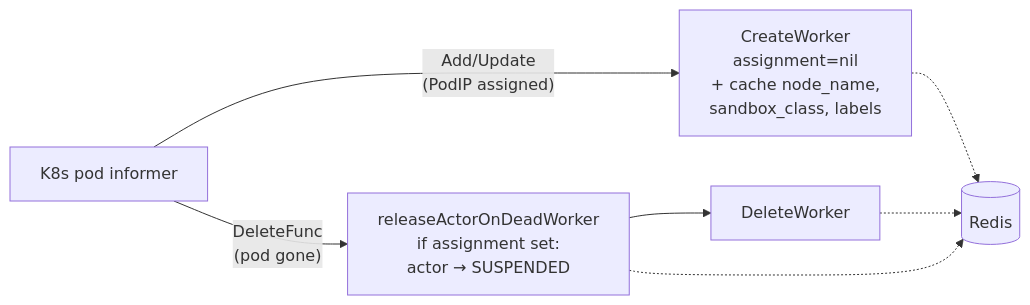
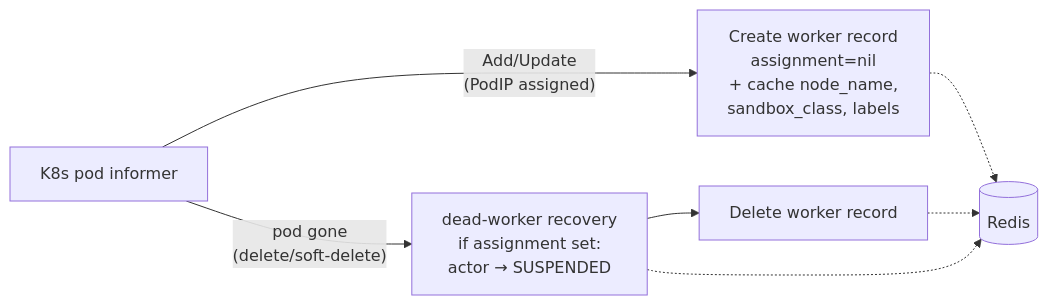
Before and after one commit to christian-posta/substrate: the second of 3 diagrams in atlas/src/content/docs/flows/worker-lifecycle.mdx, drawn with Mermaid. The commit also changed other lines of this file and 27 other files, not shown here.

````diff
--- a/atlas/src/content/docs/flows/worker-lifecycle.mdx
+++ b/atlas/src/content/docs/flows/worker-lifecycle.mdx
@@ -66,9 +63,9 @@
 ```mermaid
 flowchart LR
-  K[K8s pod informer] -- Add/Update<br/>(PodIP assigned) --> C[CreateWorker<br/>assignment=nil<br/>+ cache node_name,<br/>sandbox_class, labels]
-  K -- DeleteFunc<br/>(pod gone) --> R[releaseActorOnDeadWorker<br/>if assignment set:<br/>actor → SUSPENDED]
-  R --> D[DeleteWorker]
+  K[K8s pod informer] -- Add/Update<br/>(PodIP assigned) --> C[Create worker record<br/>assignment=nil<br/>+ cache node_name,<br/>sandbox_class, labels]
+  K -- pod gone<br/>(delete/soft-delete) --> R[dead-worker recovery<br/>if assignment set:<br/>actor → SUSPENDED]
+  R --> D[Delete worker record]
   C -.-> RED[(Redis)]
   D -.-> RED
   R -.-> RED
 ```
````
